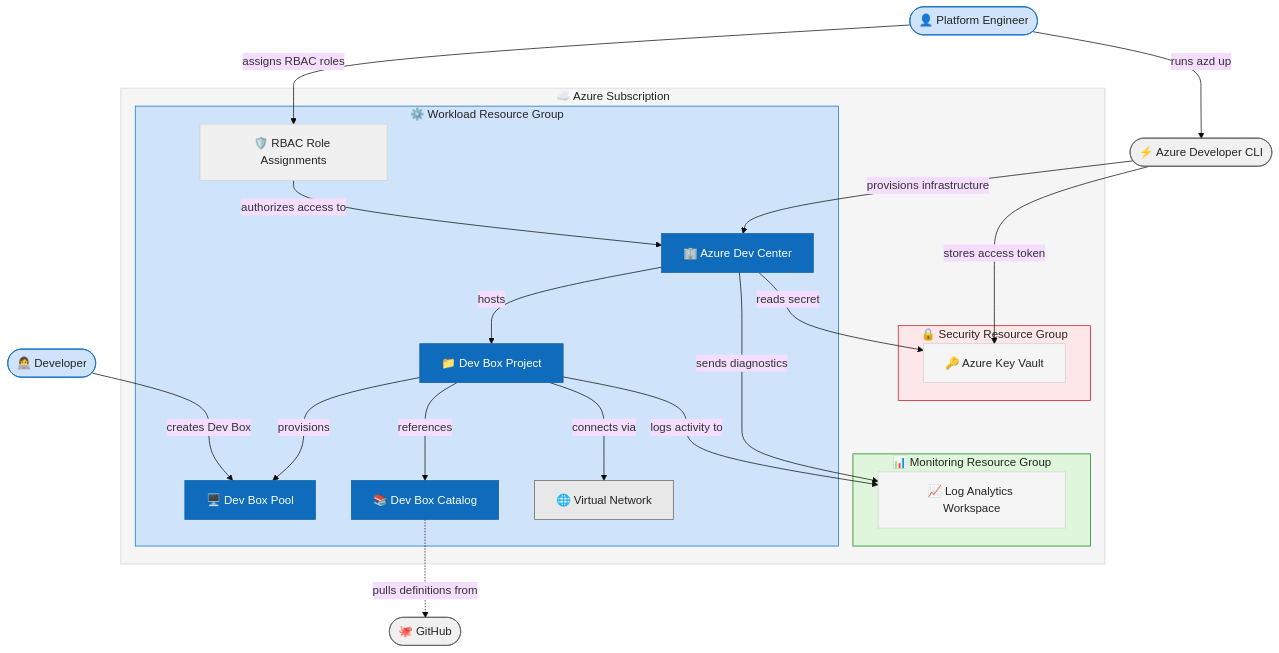
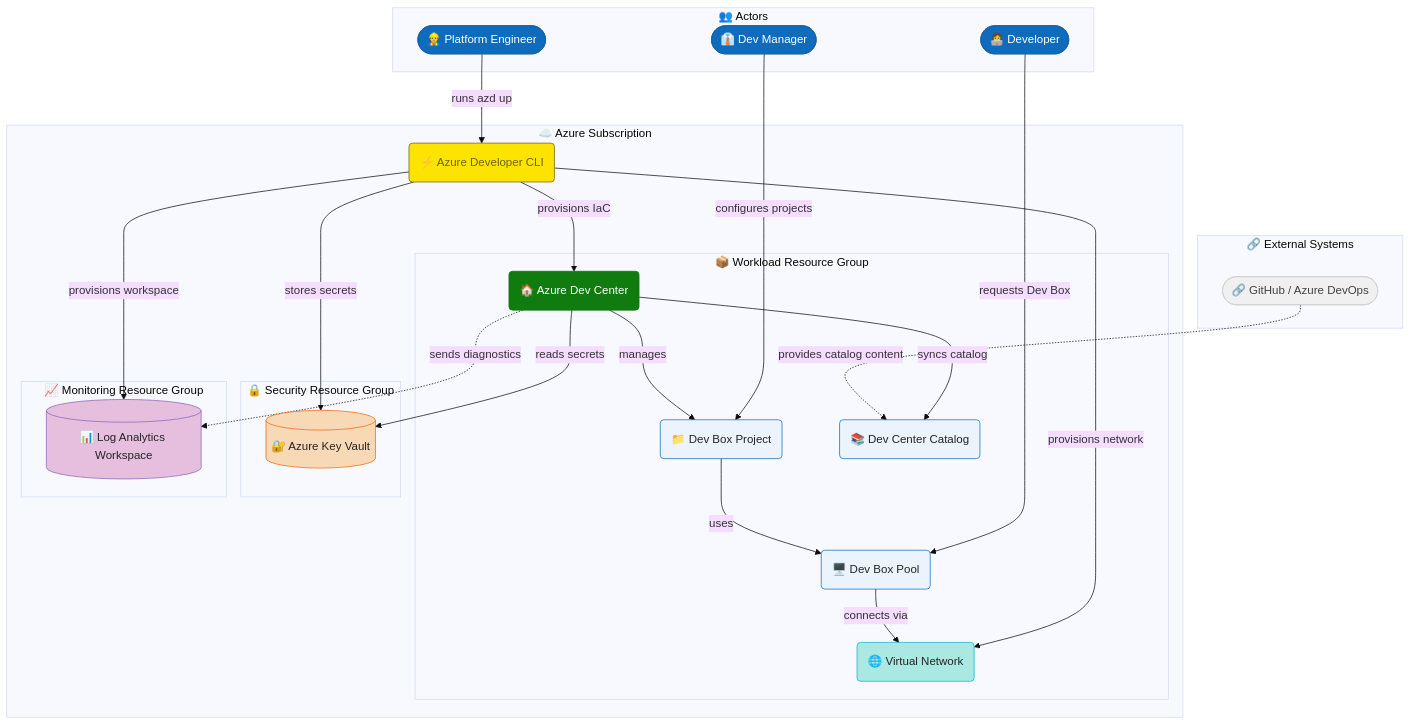
The diagram in README.md (Evilazaro/DevExp-DevBox), drawn with Mermaid before and after one commit. The commit also changed other lines of this file, not shown here.

Commit message:
Refactor README.md for improved clarity and consistency in project description and features

````diff
--- a/README.md
+++ b/README.md
@@ -84,89 +66,91 @@
   fontSize: 16
   textColor: "#242424"
   primaryColor: "#f5f5f5"
-  primaryTextColor: "#242424"
-  primaryBorderColor: "#d1d1d1"
-  secondaryColor: "#e8e8e8"
+  primaryTextColor: "#FFFFFF"
+  primaryBorderColor: "#e0e0e0"
+  secondaryColor: "#dbdbdb"
   secondaryTextColor: "#242424"
-  secondaryBorderColor: "#d1d1d1"
-  tertiaryColor: "#f0f0f0"
-  tertiaryTextColor: "#242424"
-  tertiaryBorderColor: "#d1d1d1"
-  edgeLabelBackground: "#ffffff"
+  secondaryBorderColor: "#d6d6d6"
+  tertiaryColor: "#d1d1d1"
+  tertiaryTextColor: "#424242"
+  tertiaryBorderColor: "#b3b3b3"
 ---
 flowchart TB
 
-  %% ── External Actors & Tools ──────────────────────────────
-  PE(["👤 Platform Engineer"])
-  DEV(["👩‍💻 Developer"])
-  GH(["🐙 GitHub"])
-  AZD(["⚡ Azure Developer CLI"])
+  %% ── Actors ──────────────────────────────────────────────────────────────────
+  subgraph ActorsZone["👥 Actors"]
+    PlatformEng(["👷 Platform Engineer"])
+    DevManager(["👔 Dev Manager"])
+    Developer(["👩‍💻 Developer"])
+  end
 
-  %% ── Azure Subscription ───────────────────────────────────
+  %% ── External Systems ─────────────────────────────────────────────────────────
+  subgraph ExternalZone["🔗 External Systems"]
+    GitHubADO(["🔗 GitHub / Azure DevOps"])
+  end
+
+  %% ── Azure Subscription ───────────────────────────────────────────────────────
   subgraph AzureSub["☁️ Azure Subscription"]
+    azd("⚡ Azure Developer CLI")
 
-    %% Security layer
-    subgraph SecurityLayer["🔒 Security Resource Group"]
-      KV["🔑 Azure Key Vault"]
+    subgraph WorkloadRG["📦 Workload Resource Group"]
+      DevCenter("🏠 Azure Dev Center")
+      Project("📁 Dev Box Project")
+      DevBoxPool("🖥️ Dev Box Pool")
+      Catalog("📚 Dev Center Catalog")
+      VNet("🌐 Virtual Network")
     end
 
-    %% Monitoring layer
-    subgraph MonitoringLayer["📊 Monitoring Resource Group"]
-      LA["📈 Log Analytics Workspace"]
+    subgraph SecurityRG["🔒 Security Resource Group"]
+      KeyVault[("🔐 Azure Key Vault")]
     end
 
-    %% Workload layer
-    subgraph WorkloadLayer["⚙️ Workload Resource Group"]
-      DC["🏢 Azure Dev Center"]
-      RBAC["🛡️ RBAC Role Assignments"]
-      PROJ["📁 Dev Box Project"]
-      POOL["🖥️ Dev Box Pool"]
-      CAT["📚 Dev Box Catalog"]
-      VNET["🌐 Virtual Network"]
+    subgraph MonitoringRG["📈 Monitoring Resource Group"]
+      LogAnalytics[("📊 Log Analytics Workspace")]
     end
-
   end
 
-  %% ── Interactions ─────────────────────────────────────────
-  PE -->|"runs azd up"| AZD
-  AZD -->|"provisions infrastructure"| DC
-  AZD -->|"stores access token"| KV
-  DC -->|"reads secret"| KV
-  DC -->|"sends diagnostics"| LA
-  PE -->|"assigns RBAC roles"| RBAC
-  RBAC -->|"authorizes access to"| DC
-  DC -->|"hosts"| PROJ
-  PROJ -->|"provisions"| POOL
-  PROJ -->|"references"| CAT
-  PROJ -->|"connects via"| VNET
-  PROJ -->|"logs activity to"| LA
-  CAT -.->|"pulls definitions from"| GH
-  DEV -->|"creates Dev Box"| POOL
+  %% ── Interactions: Actors ─────────────────────────────────────────────────────
+  PlatformEng -->|"runs azd up"| azd
+  DevManager -->|"configures projects"| Project
+  Developer -->|"requests Dev Box"| DevBoxPool
 
-  %% ── Class definitions ────────────────────────────────────
-  %% actor: colorBrandBackground2=#cfe4fa  colorBrandBackground=#0f6cbd  colorNeutralForeground1=#242424
-  classDef actor fill:#cfe4fa,stroke:#0f6cbd,color:#242424
-  %% external: colorNeutralBackground4=#f0f0f0  colorNeutralForeground3=#616161
-  classDef external fill:#f0f0f0,stroke:#616161,color:#242424
-  %% component: colorBrandBackground=#0f6cbd  colorBrandBackgroundHover=#115ea3  colorNeutralForegroundInverted=#ffffff
-  classDef component fill:#0f6cbd,stroke:#115ea3,color:#ffffff
-  %% datastore: colorNeutralBackground3=#f5f5f5  colorNeutralStroke1=#d1d1d1
-  classDef datastore fill:#f5f5f5,stroke:#d1d1d1,color:#242424
-  %% network: colorNeutralBackground5=#e8e8e8  colorNeutralForeground3=#616161
-  classDef network fill:#e8e8e8,stroke:#616161,color:#242424
-  %% rbac: colorNeutralBackground4=#f0f0f0  colorNeutralStroke1=#d1d1d1
-  classDef rbac fill:#f0f0f0,stroke:#d1d1d1,color:#242424
+  %% ── Interactions: azd provisions resources ───────────────────────────────────
+  azd -->|"provisions IaC"| DevCenter
+  azd -->|"stores secrets"| KeyVault
+  azd -->|"provisions workspace"| LogAnalytics
+  azd -->|"provisions network"| VNet
 
-  class PE,DEV actor
-  class GH,AZD external
-  class DC,PROJ,POOL,CAT component
-  class KV,LA datastore
-  class VNET network
-  class RBAC rbac
+  %% ── Interactions: Dev Center operations ─────────────────────────────────────
+  DevCenter -->|"manages"| Project
+  DevCenter -->|"syncs catalog"| Catalog
+  DevCenter -->|"reads secrets"| KeyVault
+  DevCenter -.->|"sends diagnostics"| LogAnalytics
 
-  %% subgraph fills: all Fluent UI v9 semantic tokens
-  style AzureSub fill:#f5f5f5,stroke:#d1d1d1,color:#242424
-  style SecurityLayer fill:#fde7e9,stroke:#c50f1f,color:#242424
-  style MonitoringLayer fill:#dff6dd,stroke:#107c10,color:#242424
-  style WorkloadLayer fill:#cfe4fa,stroke:#0f6cbd,color:#242424
+  %% ── Interactions: Project and Pool ──────────────────────────────────────────
+  Project -->|"uses"| DevBoxPool
+  DevBoxPool -->|"connects via"| VNet
+
+  %% ── Interactions: External catalog content ───────────────────────────────────
+  GitHubADO -.->|"provides catalog content"| Catalog
+
+  %% ── Class Definitions (Fluent UI React v9 tokens) ────────────────────────────
+  classDef actorStyle fill:#0F6CBD,stroke:#115EA3,color:#FFFFFF
+  classDef externalStyle fill:#F0F0F0,stroke:#D1D1D1,color:#424242
+  classDef azdStyle fill:#FDE300,stroke:#6C6200,color:#6C6200
+  classDef devCenterStyle fill:#107C10,stroke:#0E700E,color:#FFFFFF
+  classDef projectStyle fill:#EBF3FC,stroke:#0F6CBD,color:#242424
+  classDef keyVaultStyle fill:#F7D9B5,stroke:#F7630C,color:#242424
+  classDef monitoringStyle fill:#E6BFDE,stroke:#8764B8,color:#242424
+  classDef networkStyle fill:#A9E9E2,stroke:#00B7C3,color:#242424
+
+  %% ── Class Assignments ────────────────────────────────────────────────────────
+  class PlatformEng,DevManager,Developer actorStyle
+  class GitHubADO externalStyle
+  class azd azdStyle
+  class DevCenter devCenterStyle
+  class Project,Catalog,DevBoxPool projectStyle
+  class KeyVault keyVaultStyle
+  class LogAnalytics monitoringStyle
+  class VNet networkStyle
 ```
````
